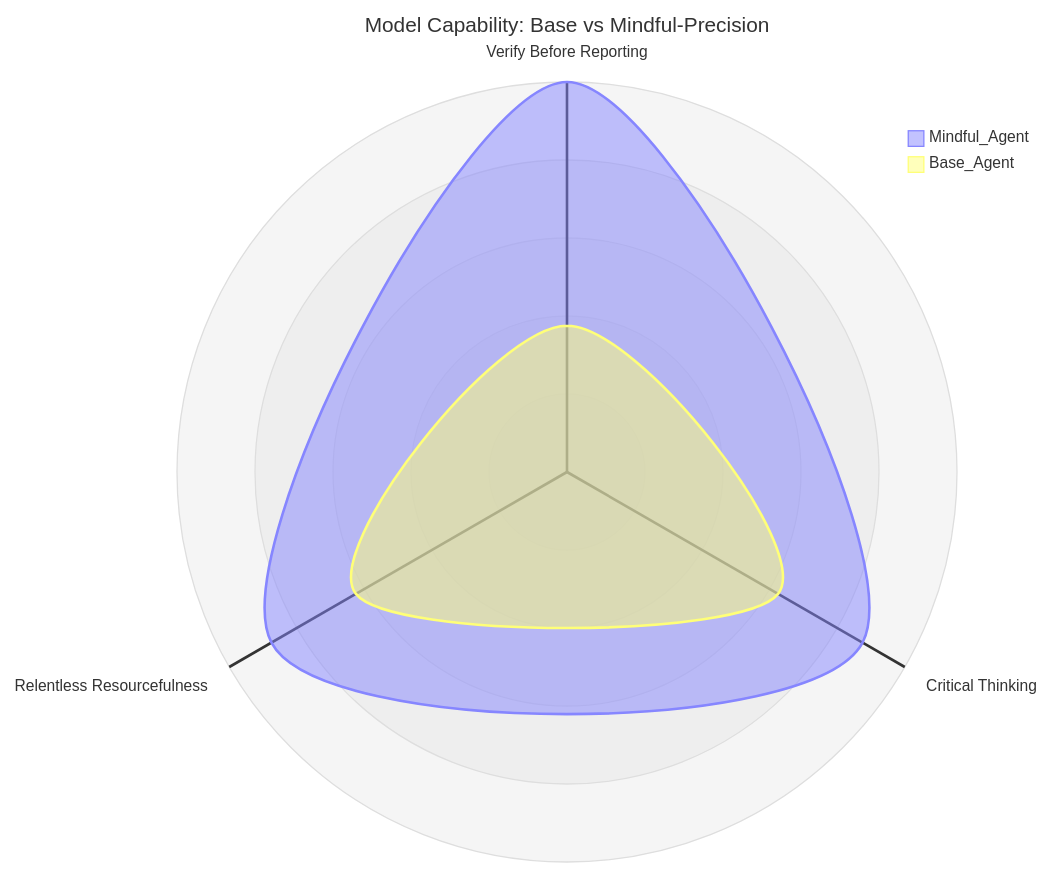
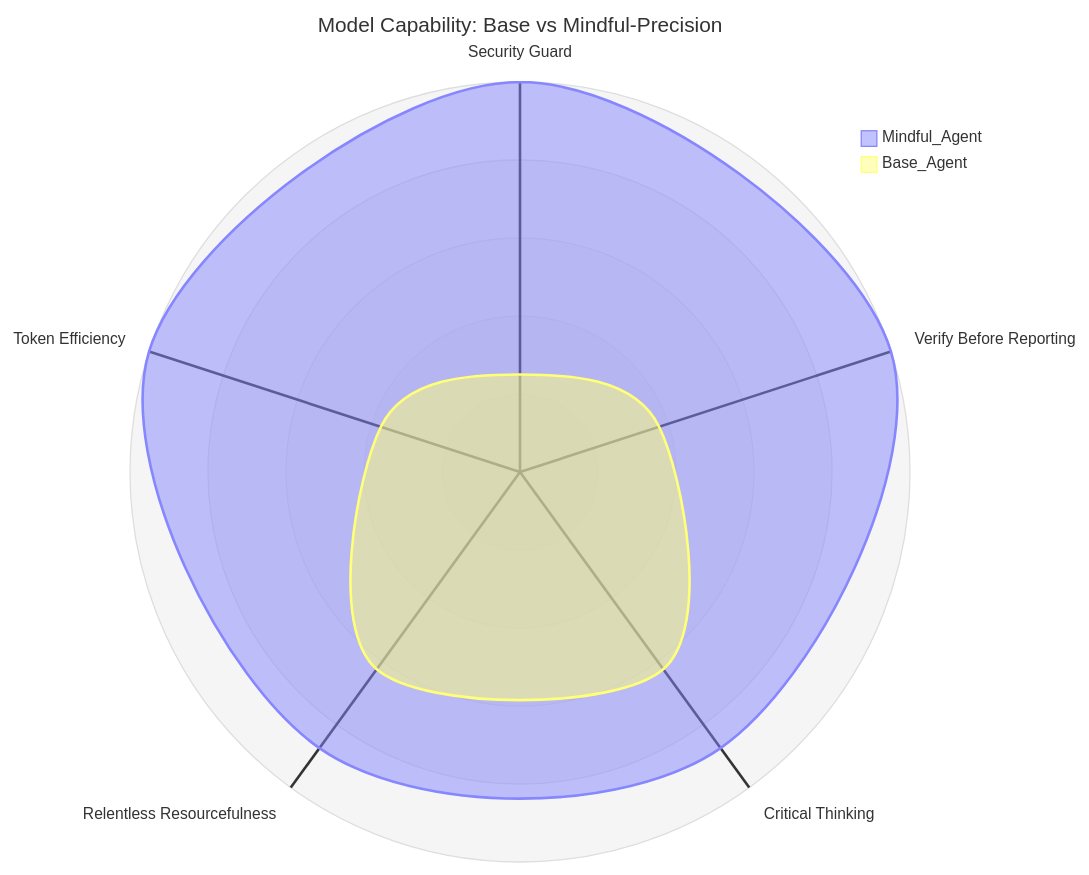
One commit to JheisonMB/skills changed the diagram in mindful-precision/README.md. Above: the diagram before and after it, drawn with Mermaid. The commit also changed other lines of this file and 4 other files, not shown here.

Commit message:
feat(mindful-precision): add Security Guard and Token Efficiency pillars

````diff
--- a/mindful-precision/README.md
+++ b/mindful-precision/README.md
@@ -18,9 +20,11 @@
 ```mermaid
 radar-beta
     title Model Capability: Base vs Mindful-Precision
+    axis Security["Security Guard"]
     axis Verify_Reporting["Verify Before Reporting"]
     axis Critical_Thinking["Critical Thinking"]
     axis Resourcefulness["Relentless Resourcefulness"]
-    curve Mindful_Agent {8, 7, 7}
-    curve Base_Agent {3, 5, 5}
+    axis Token_Efficiency["Token Efficiency"]
+    curve Mindful_Agent {8, 8, 7, 7, 8}
+    curve Base_Agent {2, 3, 5, 5, 3}
 ```
````
